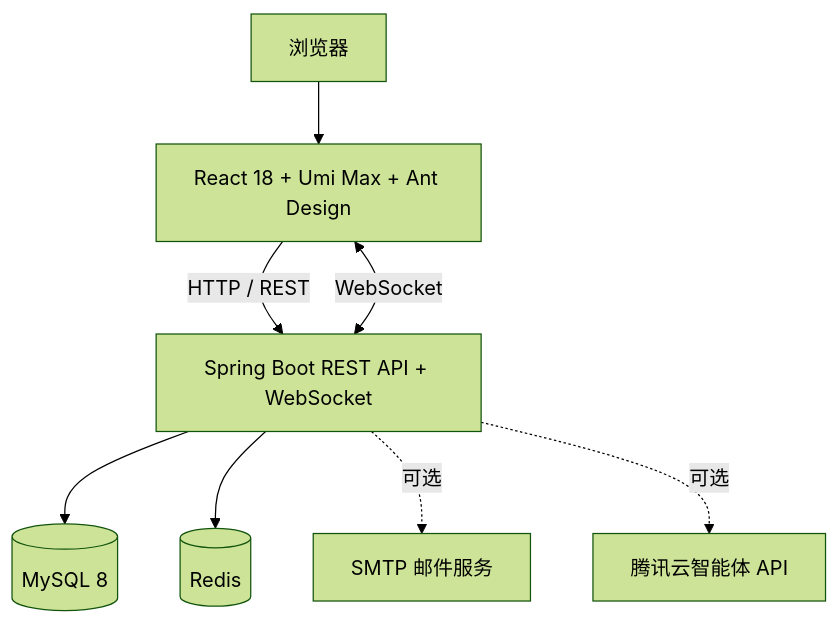
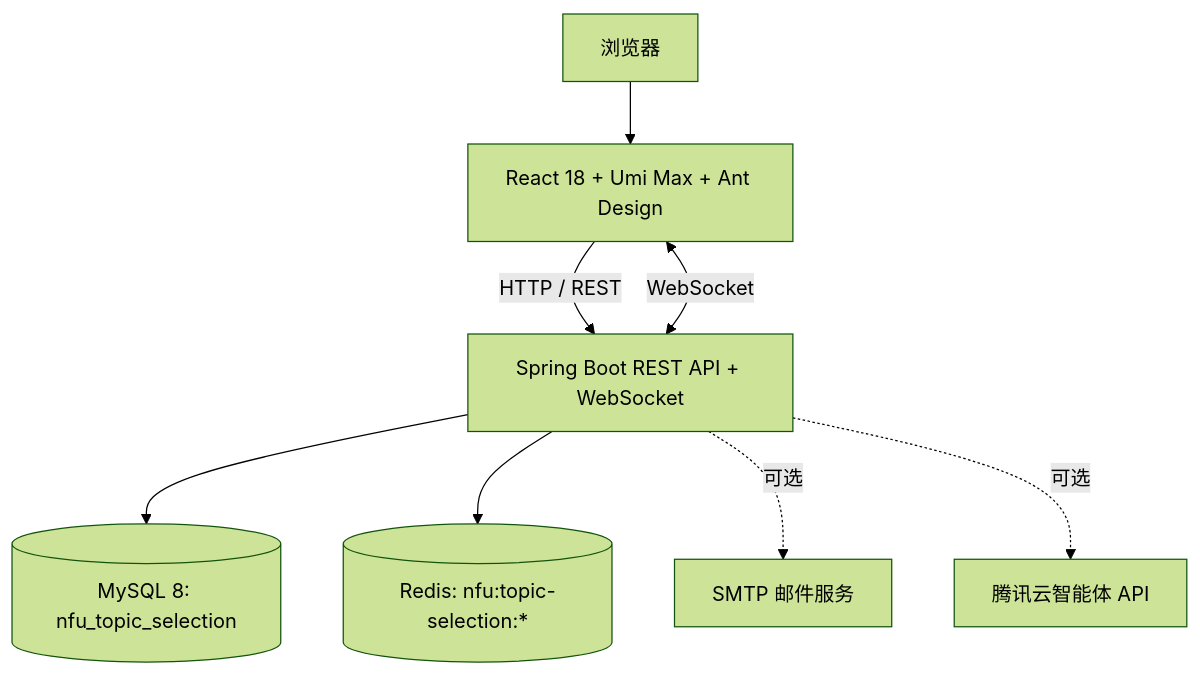
One commit to wobushi041/NCG-Graduation-Topic-Selection-System changed the second of 2 diagrams in README.md. Above: the diagram before and after it, drawn with Mermaid (forest theme). The commit also changed other lines of this file and 6 other files, not shown here.

````diff
--- a/README.md
+++ b/README.md
@@ -85,18 +72,18 @@
 ```mermaid
 flowchart TB
     U[浏览器]
     F[React 18 + Umi Max + Ant Design]
     B[Spring Boot REST API + WebSocket]
-    M[(MySQL 8)]
-    R[(Redis)]
+    M[(MySQL 8: nfu_topic_selection)]
+    R[(Redis: nfu:topic-selection:*)]
     S[SMTP 邮件服务]
     AI[腾讯云智能体 API]
 
     U --> F
     F -->|HTTP / REST| B
     F <-->|WebSocket| B
     B --> M
     B --> R
     B -. 可选 .-> S
     B -. 可选 .-> AI
 ```
````
